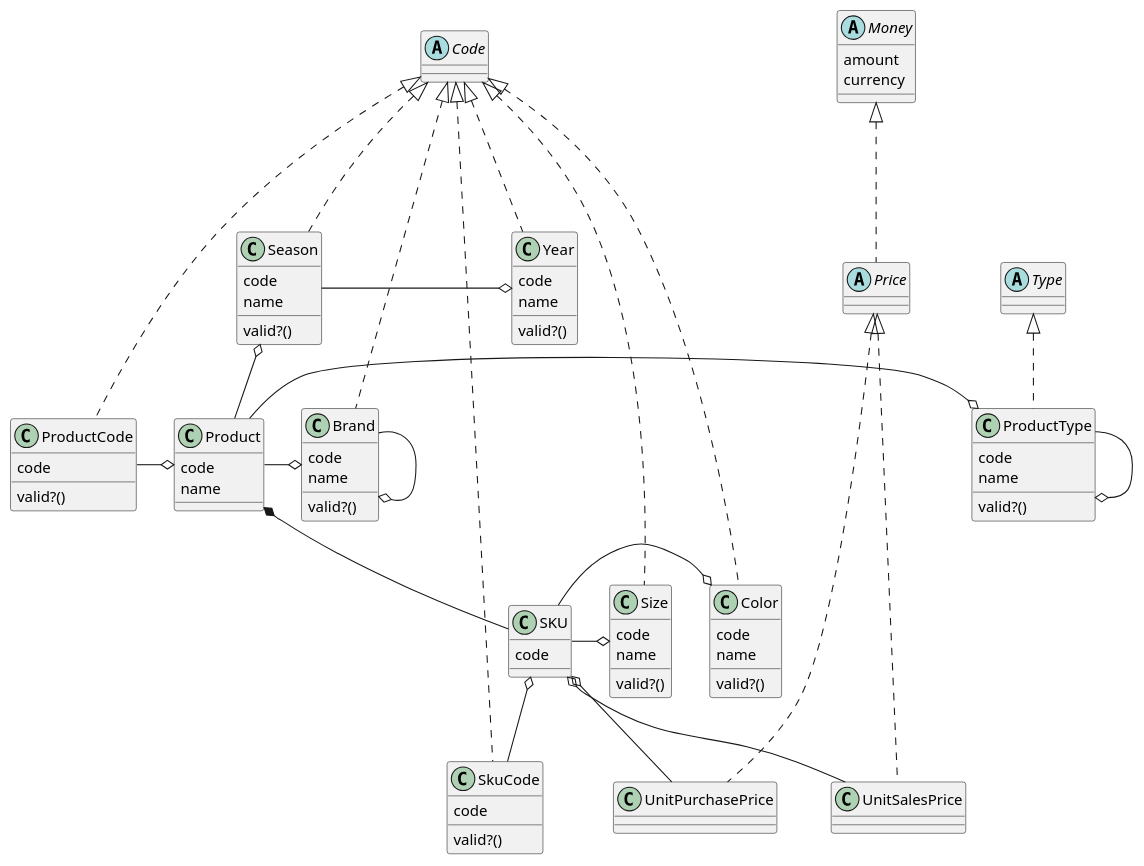
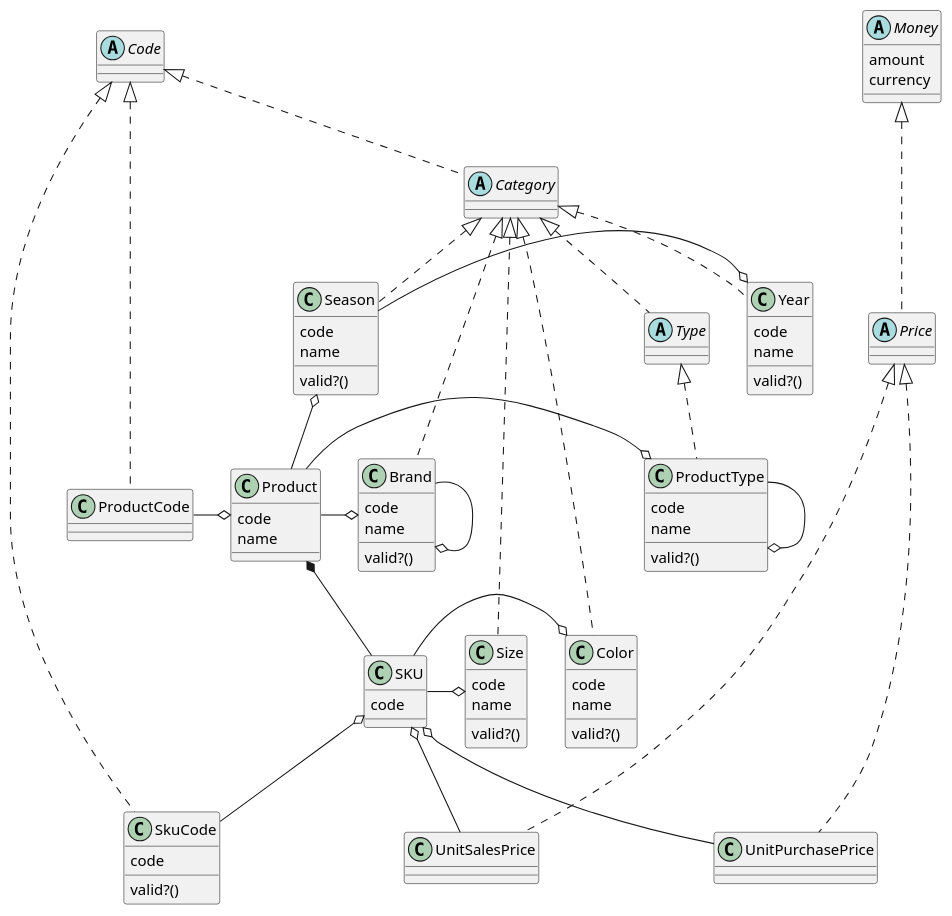
One commit to k2works/etude_for_rails changed the second of 3 diagrams in docs/dev/sales_modeling/type3_product.md. Above: the diagram before and after it, drawn with PlantUML. The commit also changed other lines of this file and 15 other files, not shown here.

```diff
--- a/docs/dev/sales_modeling/type3_product.md
+++ b/docs/dev/sales_modeling/type3_product.md
@@ -115,10 +115,6 @@
   name
   valid?()  
 }
-class ProductCode {
-  code
-  valid?()
-}
 class SkuCode {
   code
   valid?()
@@ -137,7 +133,8 @@
 }
 abstract Price {  
 }
-
+abstract Category {
+}
 Product *-- SKU
 Product -o Brand
 Brand -o Brand
@@ -151,13 +148,15 @@
 SKU o-- UnitPurchasePrice
 SKU o-- UnitSalesPrice
 SKU o-- SkuCode
-Code <|... Season
-Code <|... Year
+Code <|.. Category
+Category <|.. Type
+Category <|.. Season
+Category <|.. Year
 Type <|.. ProductType
-Code <|... Brand
-Code <|... ProductCode
-Code <|.... Color
-Code <|... Size
+Category <|.. Brand
+Code <|.... ProductCode
+Category <|... Color
+Category <|... Size
 Code <|... SkuCode
 Money <|... Price
 Price <|.... UnitPurchasePrice
```
